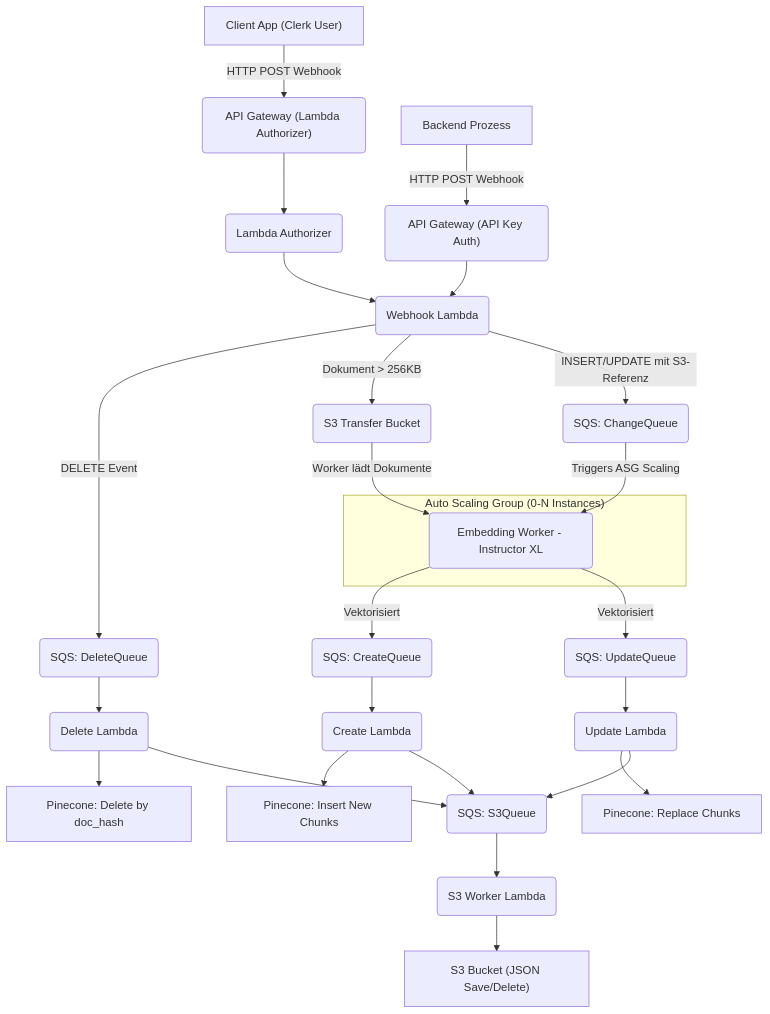
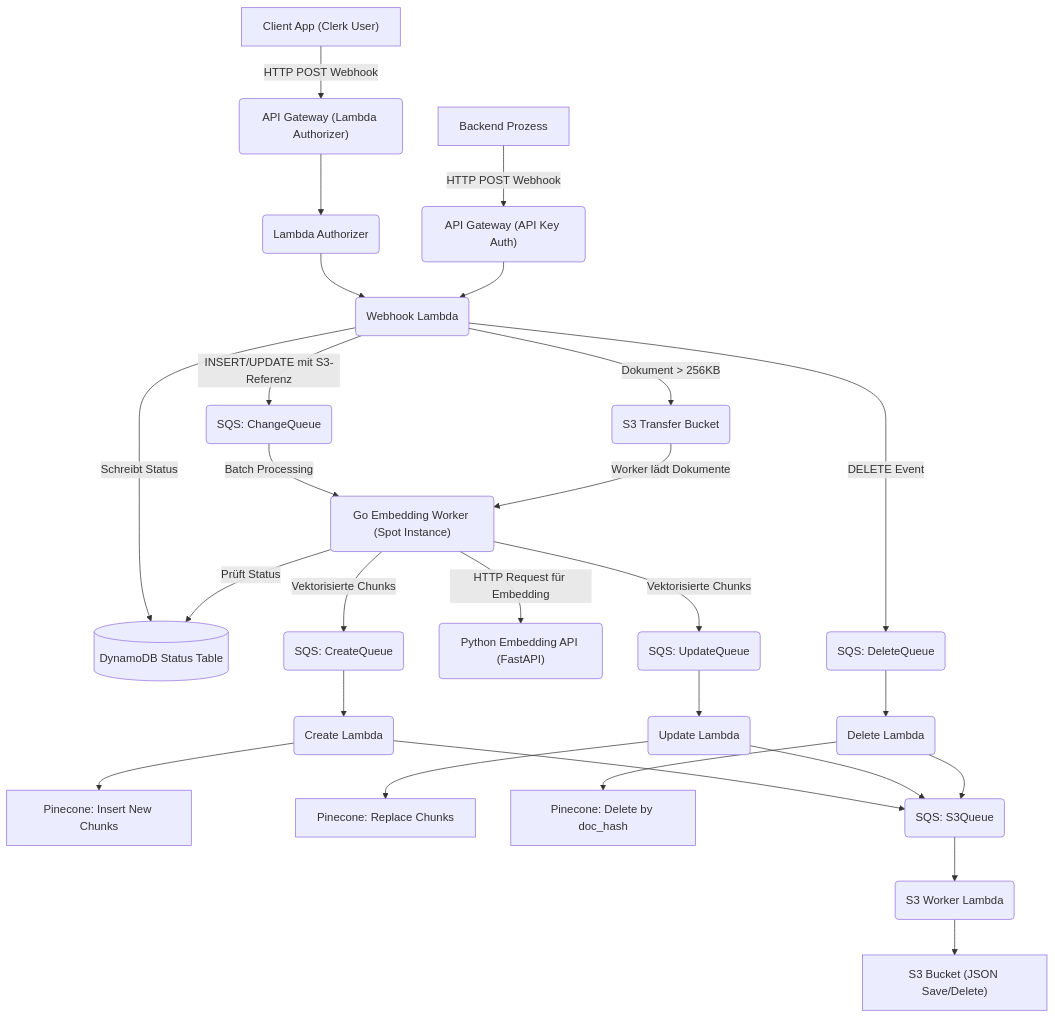
The diagram in README.md (dyprodg/bloomweaver), drawn with Mermaid before and after one commit. The commit also changed other lines of this file and 2 other files, not shown here.

````diff
--- a/README.md
+++ b/README.md
@@ -83,37 +99,38 @@
 ```mermaid
 flowchart TD
     Client["Client App (Clerk User)"] -- HTTP POST Webhook --> SecureAPIGateway("API Gateway (Lambda Authorizer)")
     LocalService["Backend Prozess"] -- HTTP POST Webhook --> SimpleAPIGateway("API Gateway (API Key Auth)")
 
     SecureAPIGateway --> AuthLambda("Lambda Authorizer")
     AuthLambda --> WebhookLambda("Webhook Lambda")
 
     SimpleAPIGateway --> WebhookLambda
 
+    WebhookLambda -- Schreibt Status --> DynamoDB[("DynamoDB Status Table")]
     WebhookLambda -- DELETE Event --> SQSDeleteQueue("SQS: DeleteQueue")
     WebhookLambda -- Dokument > 256KB --> S3TransferBucket("S3 Transfer Bucket")
     WebhookLambda -- INSERT/UPDATE mit S3-Referenz --> SQSChangeQueue("SQS: ChangeQueue")
     
-    subgraph "Auto Scaling Group (0-N Instances)"
-    EmbeddingWorker("Embedding Worker - Instructor XL")
-    end
+    SQSChangeQueue -- Batch Processing --> GoWorker("Go Embedding Worker (Spot Instance)")
+    GoWorker -- Prüft Status --> DynamoDB
+    S3TransferBucket -- Worker lädt Dokumente --> GoWorker
     
-    SQSChangeQueue -- Triggers ASG Scaling --> EmbeddingWorker
-    S3TransferBucket -- Worker lädt Dokumente --> EmbeddingWorker
-    EmbeddingWorker -- Vektorisiert --> SQSCreateQueue("SQS: CreateQueue") & SQSUpdateQueue("SQS: UpdateQueue")
+    GoWorker -- HTTP Request für Embedding --> PythonAPI("Python Embedding API (FastAPI)")
+    
+    GoWorker -- Vektorisierte Chunks --> SQSCreateQueue("SQS: CreateQueue") & SQSUpdateQueue("SQS: UpdateQueue")
     
     SQSCreateQueue --> CreateLambda("Create Lambda")
     SQSUpdateQueue --> UpdateLambda("Update Lambda")
     SQSDeleteQueue --> DeleteLambda("Delete Lambda")
     
     CreateLambda --> PineconeCreate["Pinecone: Insert New Chunks"]
     UpdateLambda --> PineconeUpdate["Pinecone: Replace Chunks"]
     DeleteLambda --> PineconeDelete["Pinecone: Delete by doc_hash"]
     
     CreateLambda --> SQS3Queue("SQS: S3Queue")
     UpdateLambda --> SQS3Queue
     DeleteLambda --> SQS3Queue
     
     SQS3Queue --> S3Lambda("S3 Worker Lambda")
     S3Lambda --> S3Bucket["S3 Bucket (JSON Save/Delete)"]
 ```
````
